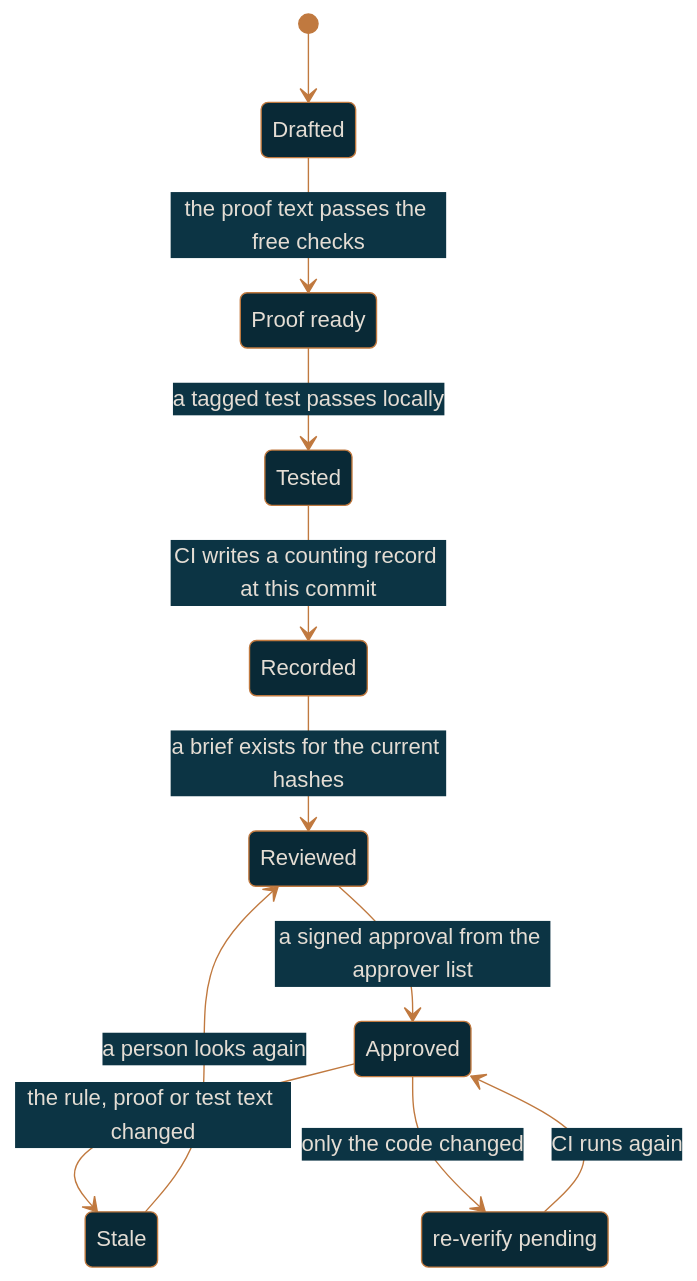
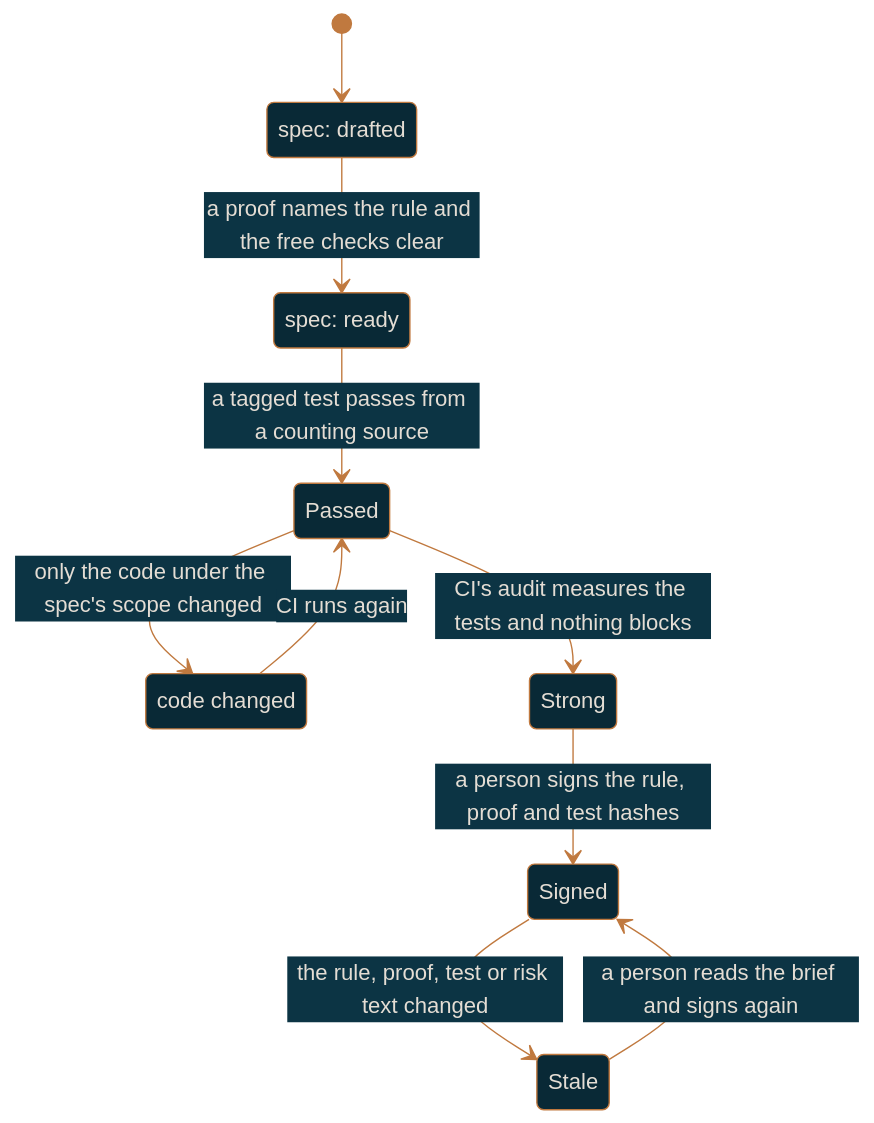
The diagram in docs/regulated-workflow.md (rlabarca/purlin), drawn with Mermaid before and after one commit. The commit also changed other lines of this file and 1 other file, not shown here.

First line of the commit message:
docs: the regulated workflow at the signed gate

````diff
--- a/docs/regulated-workflow.md
+++ b/docs/regulated-workflow.md
@@ -105,16 +24,16 @@
 ```mermaid
 %%{init: {"theme": "base", "themeVariables": {"background": "#0C3444", "primaryColor": "#092936", "primaryTextColor": "#E4DDD4", "primaryBorderColor": "#C0793F", "lineColor": "#C0793F", "secondaryColor": "#0C3444", "tertiaryColor": "#092936", "fontFamily": "Arial", "textColor": "#E4DDD4"}}}%%
 stateDiagram-v2
-    state "Proof ready" as ProofReady
-    state "re-verify pending" as Reverify
+    state "spec: drafted" as Drafted
+    state "spec: ready" as Ready
+    state "code changed" as Changed
     [*] --> Drafted
-    Drafted --> ProofReady: the proof text passes the free checks
-    ProofReady --> Tested: a tagged test passes locally
-    Tested --> Recorded: CI writes a counting record at this commit
-    Recorded --> Reviewed: a brief exists for the current hashes
-    Reviewed --> Approved: a signed approval from the approver list
-    Approved --> Stale: the rule, proof or test text changed
-    Stale --> Reviewed: a person looks again
-    Approved --> Reverify: only the code changed
-    Reverify --> Approved: CI runs again
+    Drafted --> Ready: a proof names the rule and the free checks clear
+    Ready --> Passed: a tagged test passes from a counting source
+    Passed --> Strong: CI's audit measures the tests and nothing blocks
+    Strong --> Signed: a person signs the rule, proof and test hashes
+    Signed --> Stale: the rule, proof, test or risk text changed
+    Stale --> Signed: a person reads the brief and signs again
+    Passed --> Changed: only the code under the spec's scope changed
+    Changed --> Passed: CI runs again
 ```
````
